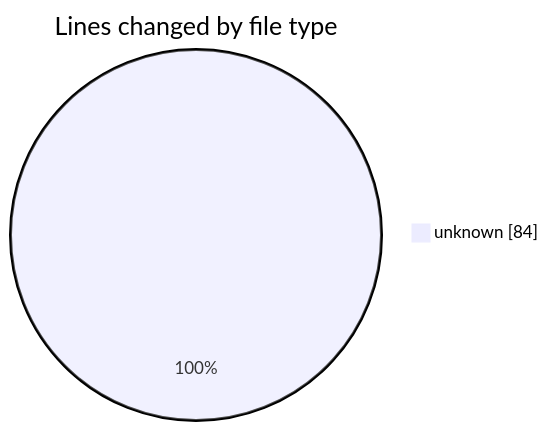
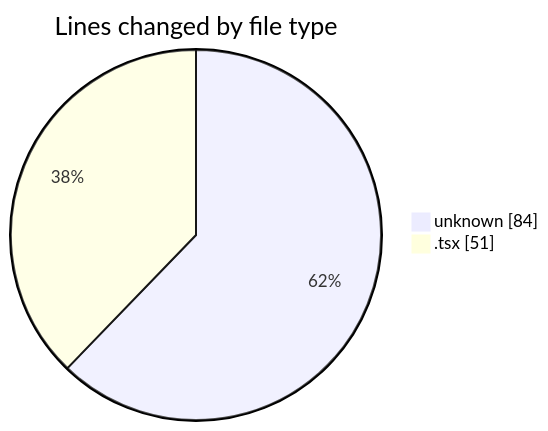
One commit to Elitesun/code-tracking changed the first of 2 diagrams in 2025-05-15/niten/README.md. Above: the diagram before and after it, drawn with Mermaid. The commit also changed other lines of this file and 1 other file, not shown here.

````diff
--- a/2025-05-15/niten/README.md
+++ b/2025-05-15/niten/README.md
@@ -20,5 +21,6 @@
 ```mermaid
 pie showData
 title Lines changed by file type
 "unknown" : 84
+".tsx" : 51
 ```
````
